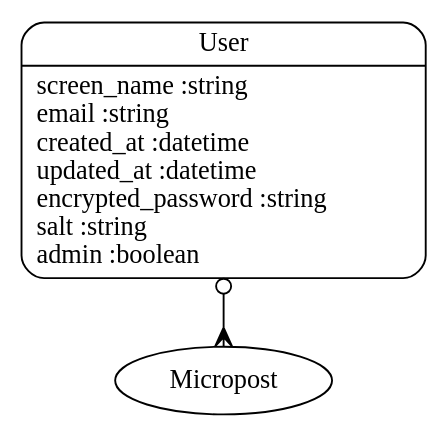
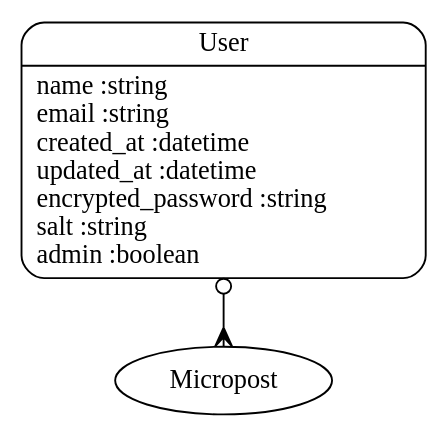
Before and after one commit to swcool/socialnet-base: the diagram in doc/models.dot, drawn with Graphviz. The commit also changed 75 other files, not shown here.

```diff
--- a/doc/models.dot
+++ b/doc/models.dot
@@ -1,5 +1,5 @@
 digraph models_diagram {
 	graph[overlap=false, splines=true]
-	"User" [shape=Mrecord, label="{User|screen_name :string\lemail :string\lcreated_at :datetime\lupdated_at :datetime\lencrypted_password :string\lsalt :string\ladmin :boolean\l}"]
+	"User" [shape=Mrecord, label="{User|name :string\lemail :string\lcreated_at :datetime\lupdated_at :datetime\lencrypted_password :string\lsalt :string\ladmin :boolean\l}"]
 	"User" -> "Micropost" [arrowtail=odot, arrowhead=crow, dir=both]
 }
```
